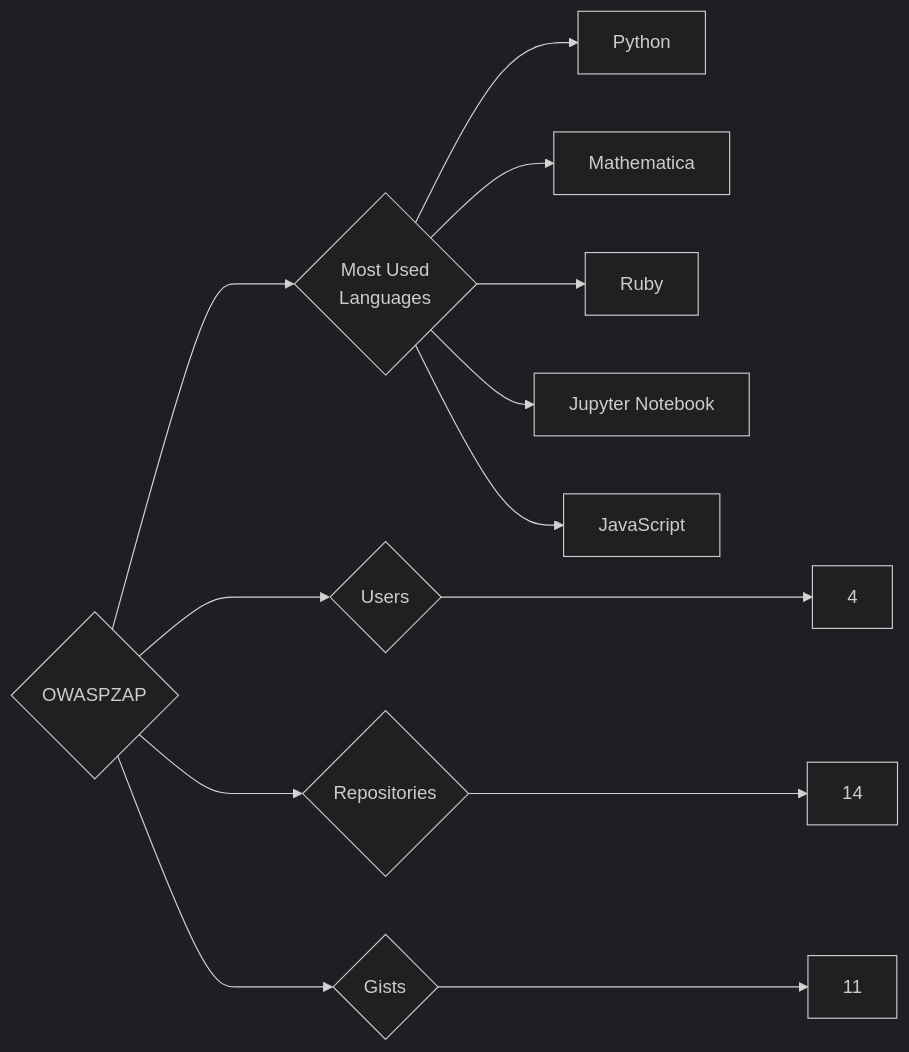
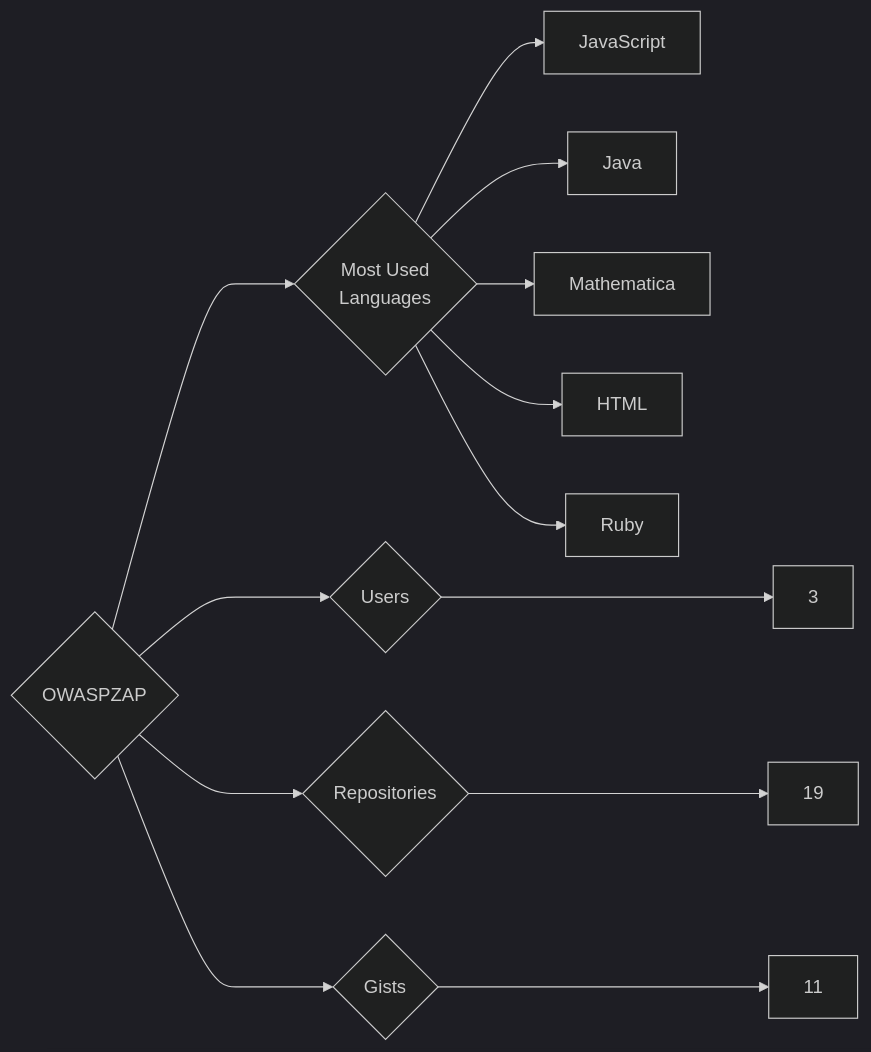
The diagram in targets/OWASPZAP/README.md (trickest/insiders), drawn with Mermaid (dark theme) before and after one commit. The commit also changed 1484 other files, not shown here.

````diff
--- a/targets/OWASPZAP/README.md
+++ b/targets/OWASPZAP/README.md
@@ -3,13 +3,13 @@
 ```mermaid
 graph LR
 COMPANY_NAME{OWASPZAP}
-COMPANY_NAME ---> U{Users} ---> UN[4]
-COMPANY_NAME ---> R{Repositories} ---> RN[14]
+COMPANY_NAME ---> U{Users} ---> UN[3]
+COMPANY_NAME ---> R{Repositories} ---> RN[19]
 COMPANY_NAME ---> G{Gists} ---> GN[11]
 COMPANY_NAME ---> ML{Most Used<br>Languages}
-ML --> Python[Python]
+ML --> JavaScript[JavaScript]
+ML --> Java[Java]
 ML --> Mathematica[Mathematica]
+ML --> HTML[HTML]
 ML --> Ruby[Ruby]
-ML --> Jupyter_Notebook[Jupyter Notebook]
-ML --> JavaScript[JavaScript]
 ```
````
